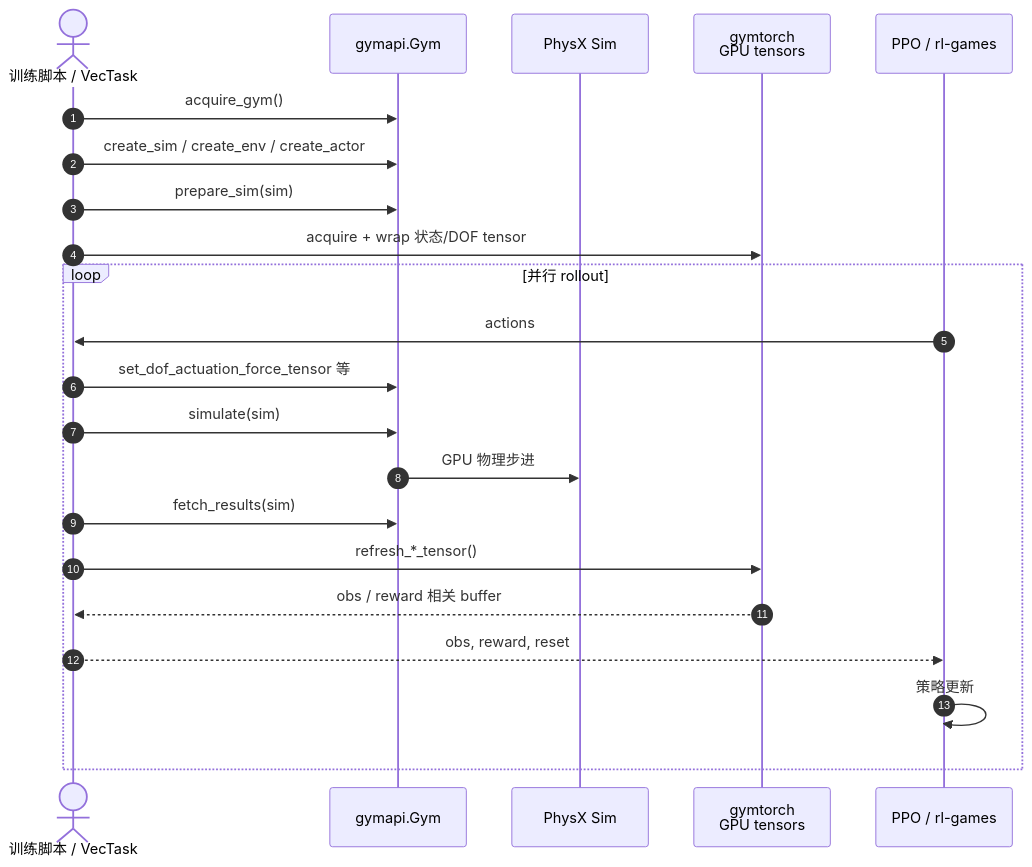
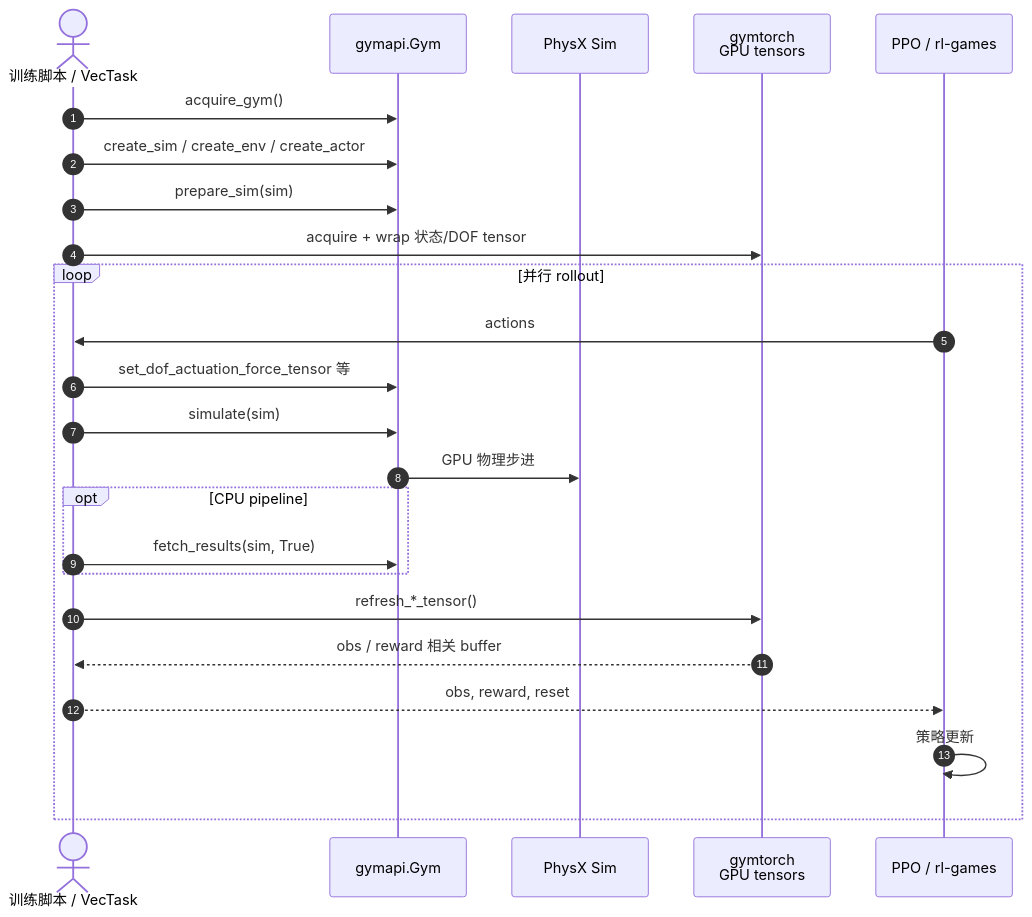
One commit to ImChong/Robotics_Notebooks changed the second of 4 diagrams in wiki/entities/isaac-gym.md. Above: the diagram before and after it, drawn with Mermaid. The commit also changed other lines of this file and 14 other files, not shown here.

````diff
--- a/wiki/entities/isaac-gym.md
+++ b/wiki/entities/isaac-gym.md
@@ -147,25 +149,27 @@
 ```mermaid
 sequenceDiagram
     autonumber
     actor User as 训练脚本 / VecTask
     participant Gym as gymapi.Gym
     participant Sim as PhysX Sim
     participant Torch as gymtorch<br/>GPU tensors
     participant Pol as PPO / rl-games
 
     User->>Gym: acquire_gym()
     User->>Gym: create_sim / create_env / create_actor
     User->>Gym: prepare_sim(sim)
     User->>Torch: acquire + wrap 状态/DOF tensor
     loop 并行 rollout
         Pol->>User: actions
         User->>Gym: set_dof_actuation_force_tensor 等
         User->>Gym: simulate(sim)
         Gym->>Sim: GPU 物理步进
-        User->>Gym: fetch_results(sim)
+        opt CPU pipeline
+        User->>Gym: fetch_results(sim, True)
+        end
         User->>Torch: refresh_*_tensor()
         Torch-->>User: obs / reward 相关 buffer
         User-->>Pol: obs, reward, reset
         Pol->>Pol: 策略更新
     end
 ```
````
